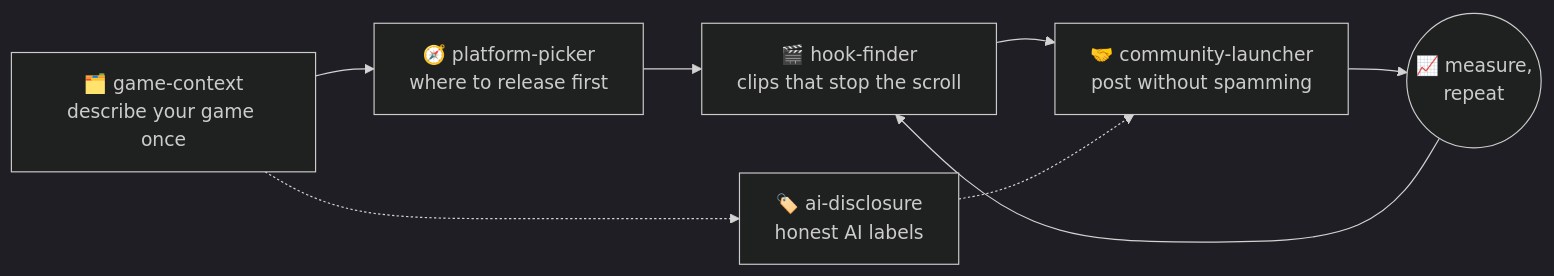
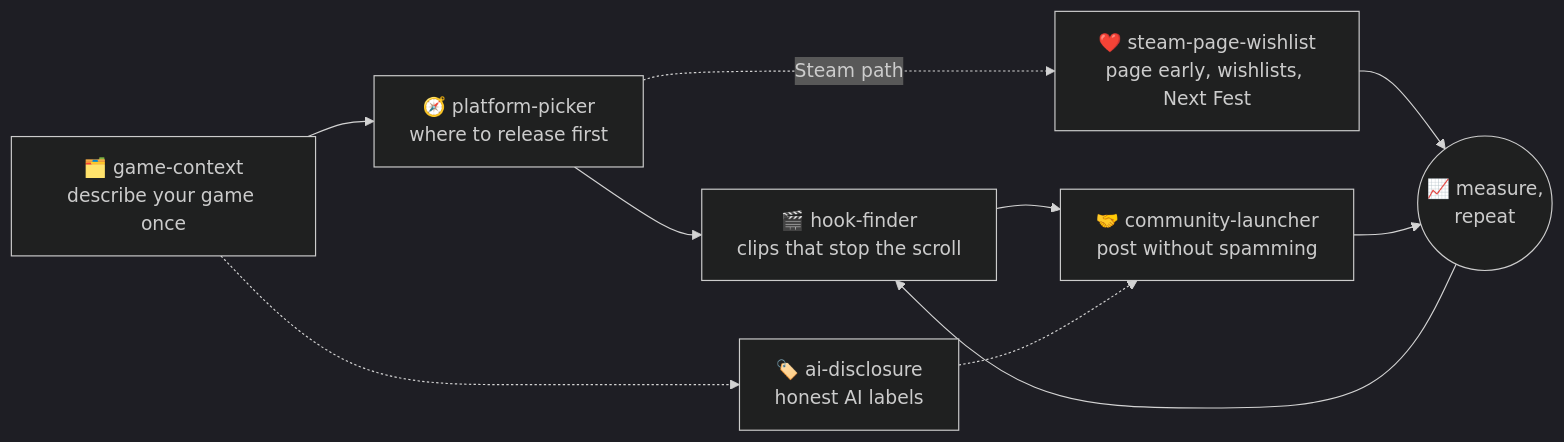
Before and after one commit to nguyenbui1105/first-1000-players: the diagram in README.md, drawn with Mermaid (dark theme). The commit also changed other lines of this file and 16 other files, not shown here.

First line of the commit message:
v0.2.0: steam-page-wishlist skill, re-checked sources, stronger validator

````diff
--- a/README.md
+++ b/README.md
@@ -80,10 +81,12 @@
 ```mermaid
 flowchart LR
     A["🗂️ game-context<br/>describe your game once"] --> B["🧭 platform-picker<br/>where to release first"]
     B --> C["🎬 hook-finder<br/>clips that stop the scroll"]
     C --> D["🤝 community-launcher<br/>post without spamming"]
     A -.-> E["🏷️ ai-disclosure<br/>honest AI labels"]
     E -.-> D
-    D --> F(("📈 measure,<br/>repeat"))
+    B -. "Steam path" .-> G["❤️ steam-page-wishlist<br/>page early, wishlists, Next Fest"]
+    G --> F(("📈 measure,<br/>repeat"))
+    D --> F
     F --> C
 ```
````
